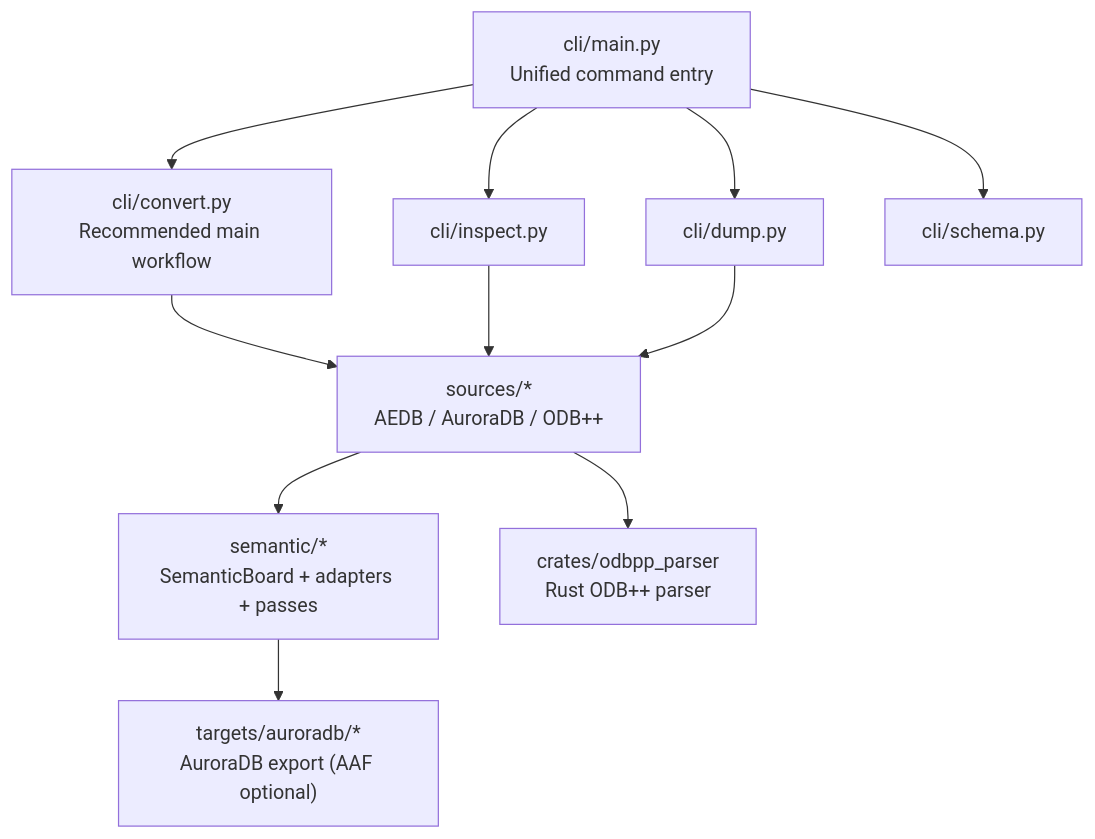
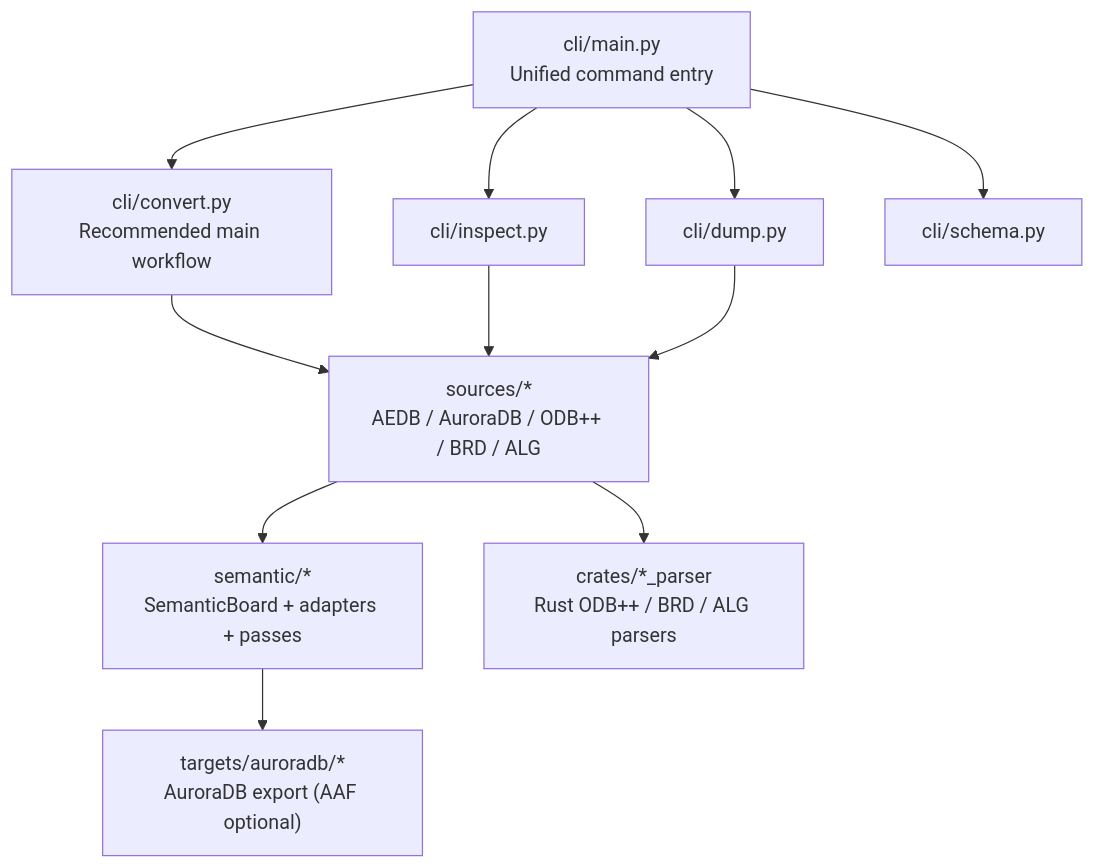
One commit to HaiwenZhang/ZenPCBParser changed the eighth of 14 diagrams in docs/architecture.md. Above: the diagram before and after it, drawn with Mermaid. The commit also changed other lines of this file and 73 other files, not shown here.

Commit message:
Add Allegro BRD and ALG translators

````diff
--- a/docs/architecture.md
+++ b/docs/architecture.md
@@ -344,23 +397,23 @@
 ```mermaid
 flowchart TD
     cli["cli/main.py<br/>Unified command entry"]
     convert["cli/convert.py<br/>Recommended main workflow"]
     inspect["cli/inspect.py"]
     dump["cli/dump.py"]
     schema["cli/schema.py"]
 
-    sources["sources/*<br/>AEDB / AuroraDB / ODB++"]
+    sources["sources/*<br/>AEDB / AuroraDB / ODB++ / BRD / ALG"]
     semantic["semantic/*<br/>SemanticBoard + adapters + passes"]
     targets["targets/auroradb/*<br/>AuroraDB export (AAF optional)"]
-    rust["crates/odbpp_parser<br/>Rust ODB++ parser"]
+    rust["crates/*_parser<br/>Rust ODB++ / BRD / ALG parsers"]
 
     cli --> convert
     cli --> inspect
     cli --> dump
     cli --> schema
     convert --> sources
     inspect --> sources
     dump --> sources
     sources --> rust
     sources --> semantic --> targets
 ```
````
